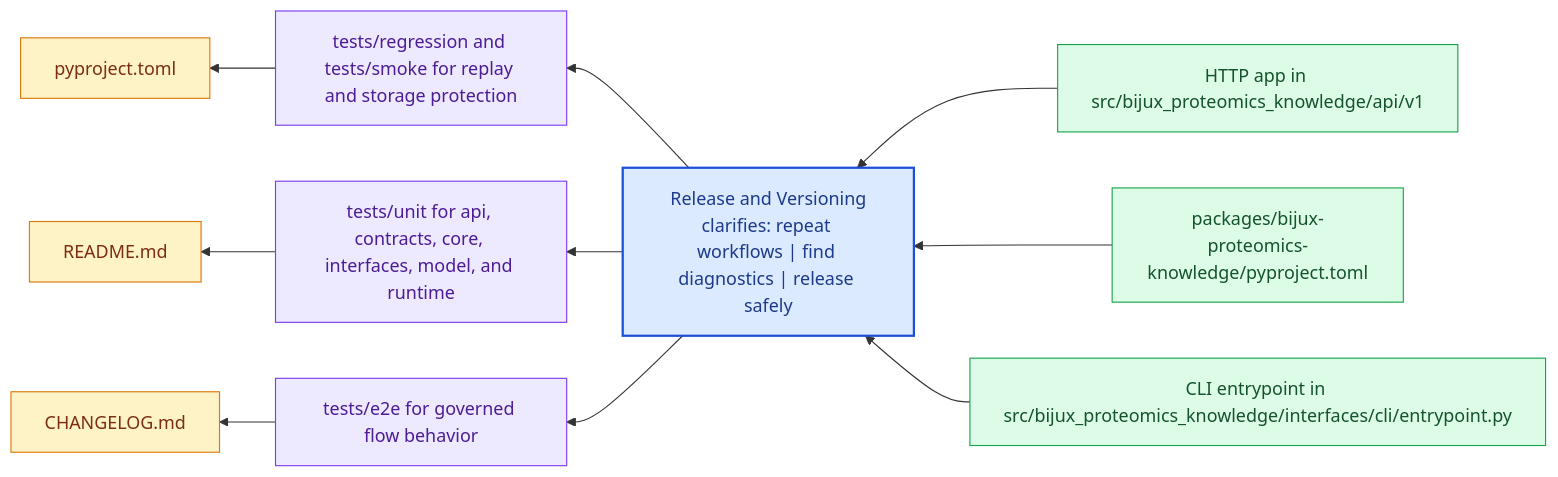
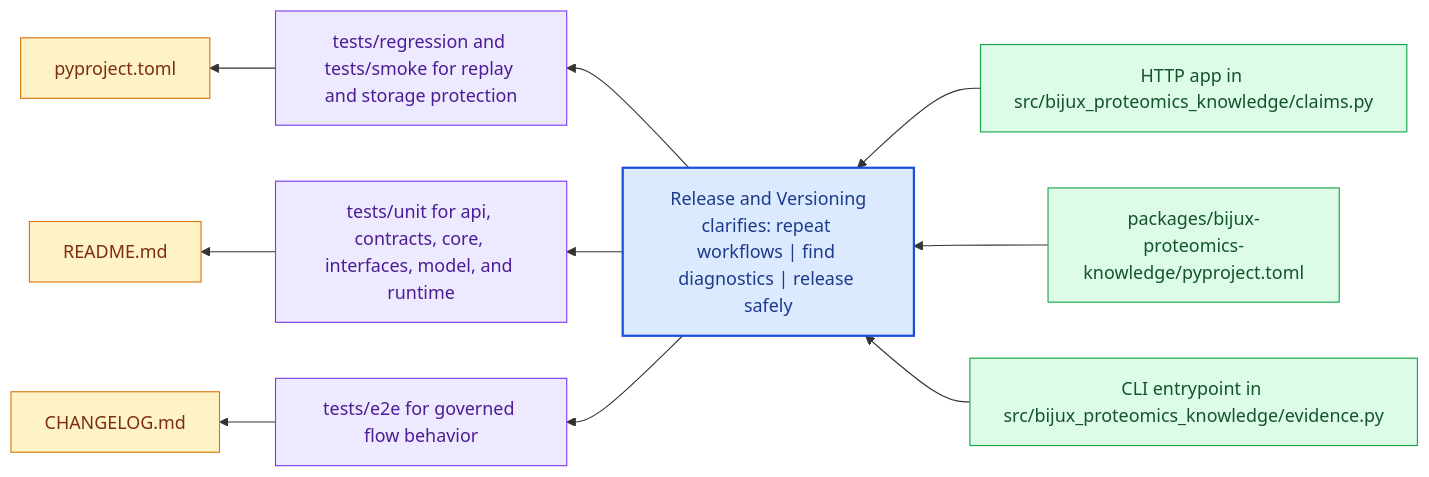
One commit to bijux/bijux-proteomics changed the diagram in docs/bijux-proteomics-knowledge/operations/release-and-versioning.md. Above: the diagram before and after it, drawn with Mermaid. The commit also changed 24 other files, not shown here.

Commit message:
docs(bijux-proteomics-knowledge): align handbook with evidence and claim system boundaries

````diff
--- a/docs/bijux-proteomics-knowledge/operations/release-and-versioning.md
+++ b/docs/bijux-proteomics-knowledge/operations/release-and-versioning.md
@@ -23,31 +23,31 @@
 ```mermaid
 flowchart RL
     page["Release and Versioning<br/>clarifies: repeat workflows | find diagnostics | release safely"]
     classDef page fill:#dbeafe,stroke:#1d4ed8,color:#1e3a8a,stroke-width:2px;
     classDef positive fill:#dcfce7,stroke:#16a34a,color:#14532d;
     classDef caution fill:#fee2e2,stroke:#dc2626,color:#7f1d1d;
     classDef anchor fill:#ede9fe,stroke:#7c3aed,color:#4c1d95;
     classDef action fill:#fef3c7,stroke:#d97706,color:#7c2d12;
-    step1["HTTP app in src/bijux_proteomics_knowledge/api/v1"]
+    step1["HTTP app in src/bijux_proteomics_knowledge/claims.py"]
     step1 --> page
     step2["packages/bijux-proteomics-knowledge/pyproject.toml"]
     step2 --> page
-    step3["CLI entrypoint in src/bijux_proteomics_knowledge/interfaces/cli/entrypoint.py"]
+    step3["CLI entrypoint in src/bijux_proteomics_knowledge/evidence.py"]
     step3 --> page
     run1["tests/regression and tests/smoke for replay and storage protection"]
     page --> run1
     run2["tests/unit for api, contracts, core, interfaces, model, and runtime"]
     page --> run2
     run3["tests/e2e for governed flow behavior"]
     page --> run3
     release1["pyproject.toml"]
     run1 --> release1
     release2["README.md"]
     run2 --> release2
     release3["CHANGELOG.md"]
     run3 --> release3
     class page page;
     class step1,step2,step3 positive;
     class run1,run2,run3 anchor;
     class release1,release2,release3 action;
 ```
````
